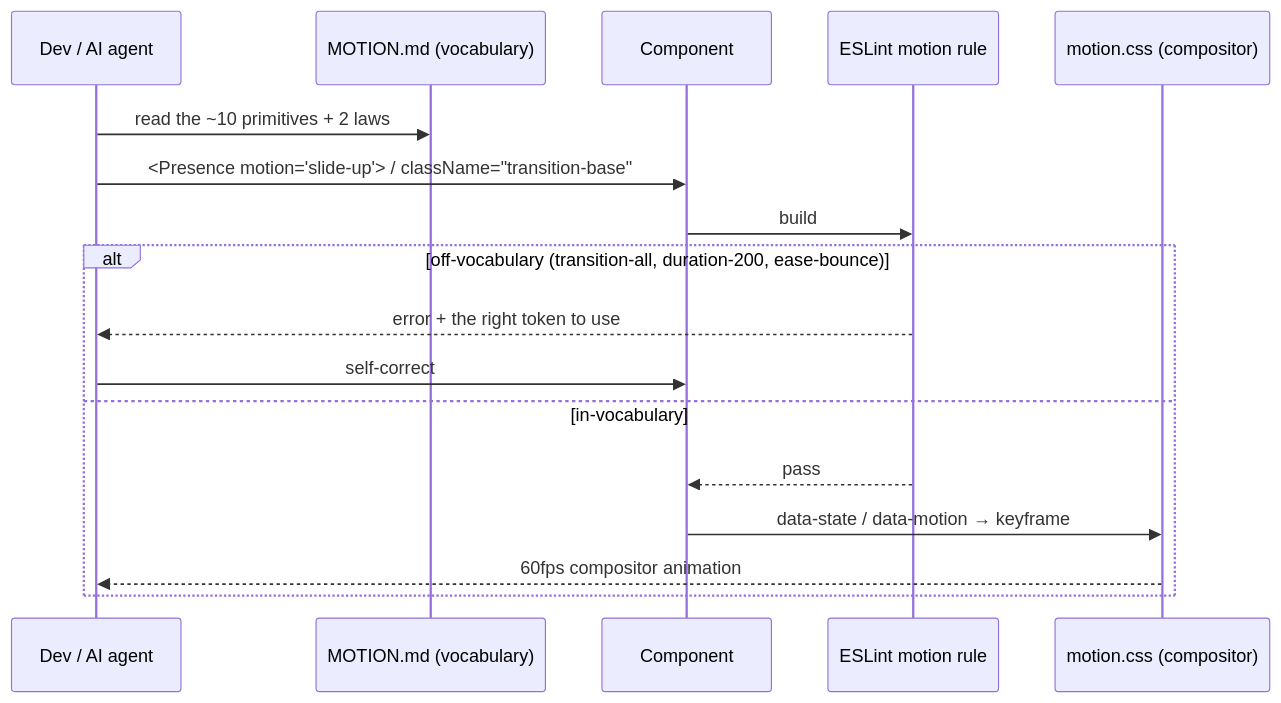
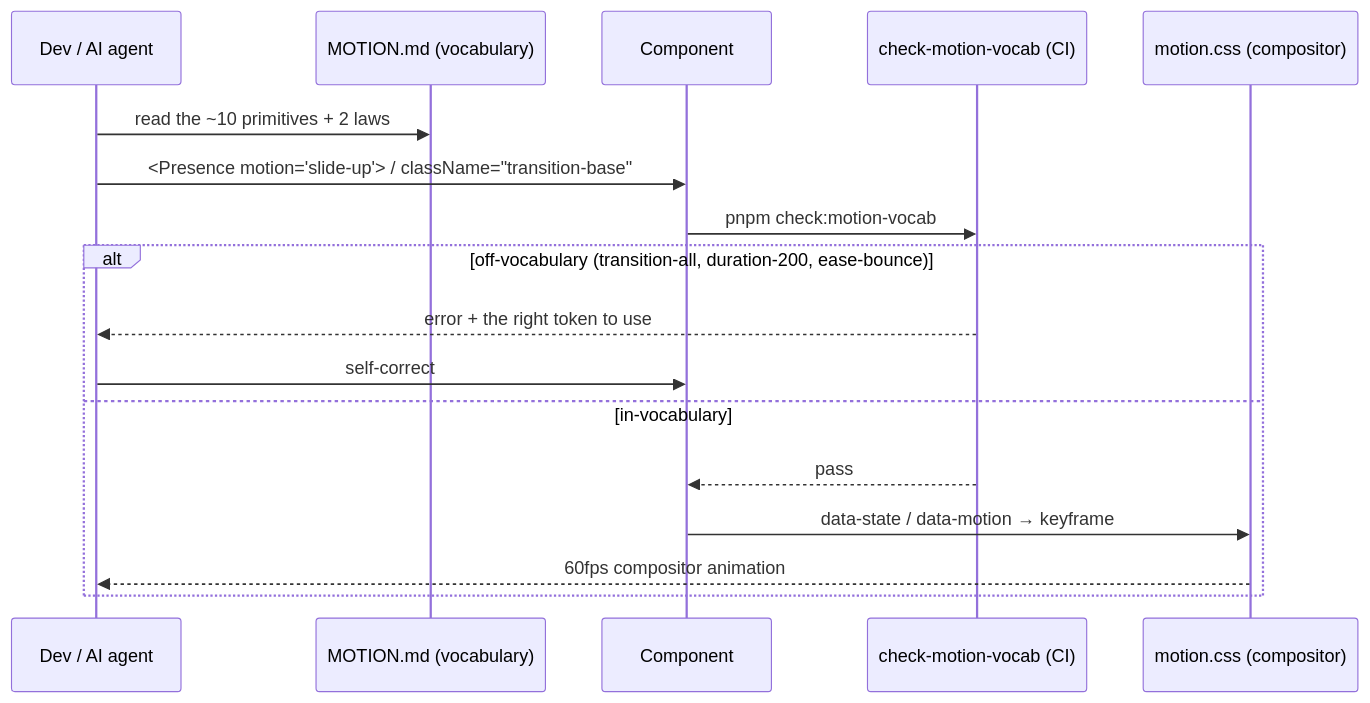
The third of 4 diagrams in docs/explorations/0198_[_]_ELEGANT_COMPOSABLE_MOTION_SYSTEM.md (crs48/xNet), drawn with Mermaid before and after one commit. The commit also changed other lines of this file, not shown here.

Commit message:
docs(exploration): check off 0198 motion system + record deviations

````diff
--- a/docs/explorations/0198_[_]_ELEGANT_COMPOSABLE_MOTION_SYSTEM.md
+++ b/docs/explorations/0198_[_]_ELEGANT_COMPOSABLE_MOTION_SYSTEM.md
@@ -569,19 +569,19 @@
 ```mermaid
 sequenceDiagram
     participant Dev as Dev / AI agent
     participant MD as MOTION.md (vocabulary)
     participant Code as Component
-    participant Lint as ESLint motion rule
+    participant Lint as check-motion-vocab (CI)
     participant CSS as motion.css (compositor)
     Dev->>MD: read the ~10 primitives + 2 laws
     Dev->>Code: <Presence motion="slide-up"> / className="transition-base"
-    Code->>Lint: build
+    Code->>Lint: pnpm check:motion-vocab
     alt off-vocabulary (transition-all, duration-200, ease-bounce)
         Lint-->>Dev: error + the right token to use
         Dev->>Code: self-correct
     else in-vocabulary
         Lint-->>Code: pass
         Code->>CSS: data-state / data-motion → keyframe
         CSS-->>Dev: 60fps compositor animation
     end
 ```
````
